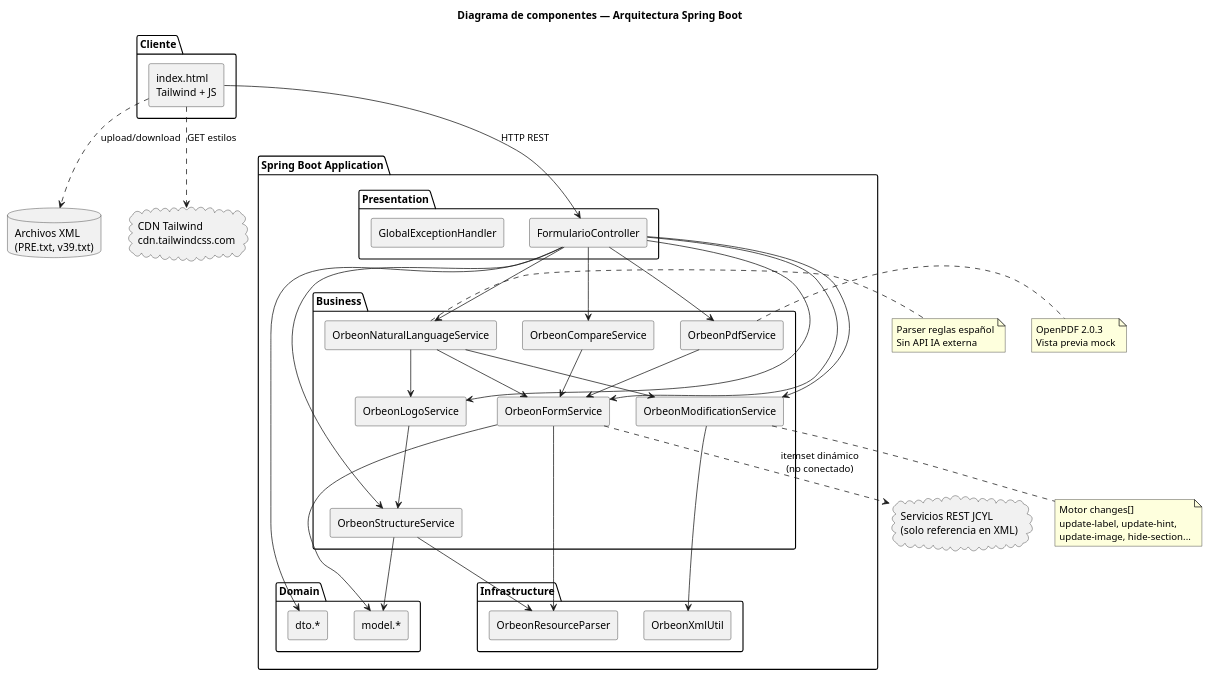
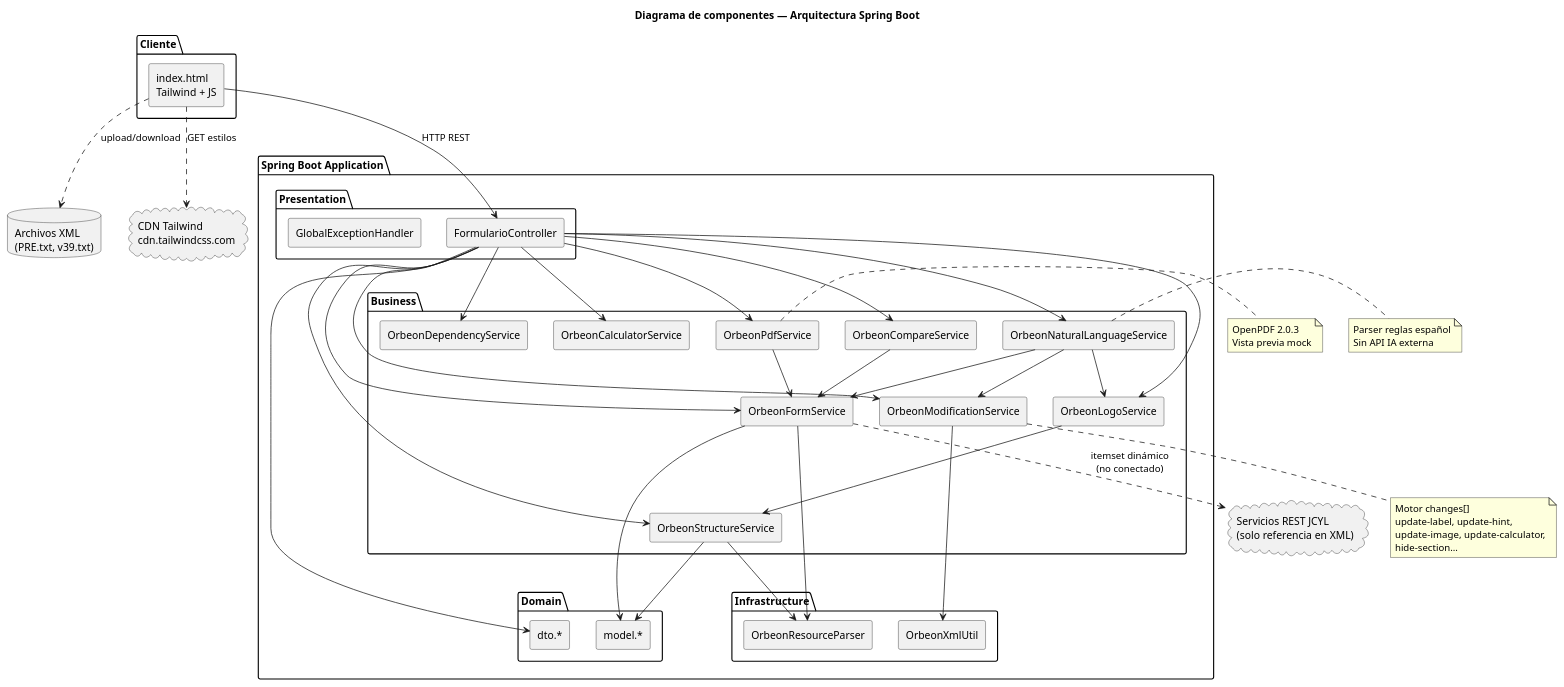
Before and after one commit to gracobjo/orbeon: the diagram in docs/diagramas/arquitectura-componentes.puml, drawn with PlantUML. The commit also changed 16 other files, not shown here.

```diff
--- a/docs/diagramas/arquitectura-componentes.puml
+++ b/docs/diagramas/arquitectura-componentes.puml
@@ -1,82 +1,87 @@
 @startuml arquitectura-componentes
 skinparam componentStyle rectangle
 title Diagrama de componentes — Arquitectura Spring Boot
 
 package "Cliente" {
   [index.html\nTailwind + JS] as UI
 }
 
 package "Spring Boot Application" {
   package "Presentation" {
     [FormularioController] as CTRL
     [GlobalExceptionHandler] as EXH
   }
 
   package "Business" {
     [OrbeonFormService] as FORM
     [OrbeonStructureService] as STRUCT
     [OrbeonModificationService] as MOD
     [OrbeonCompareService] as CMP
     [OrbeonPdfService] as PDF
     [OrbeonLogoService] as LOGO
     [OrbeonNaturalLanguageService] as NL
+    [OrbeonDependencyService] as DEP
+    [OrbeonCalculatorService] as CALC
   }
 
   package "Infrastructure" {
     [OrbeonResourceParser] as RES
     [OrbeonXmlUtil] as XML
   }
 
   package "Domain" {
     [model.*] as MODEL
     [dto.*] as DTO
   }
 }
 
 database "Archivos XML\n(PRE.txt, v39.txt)" as FILES
 cloud "CDN Tailwind\ncdn.tailwindcss.com" as CDN
 cloud "Servicios REST JCYL\n(solo referencia en XML)" as JCYL
 
 UI --> CTRL : HTTP REST
 UI ..> CDN : GET estilos
 CTRL --> FORM
 CTRL --> STRUCT
 CTRL --> MOD
 CTRL --> CMP
 CTRL --> PDF
 CTRL --> NL
 CTRL --> LOGO
+CTRL --> DEP
+CTRL --> CALC
 NL --> MOD
 NL --> LOGO
 NL --> FORM
 LOGO --> STRUCT
 CTRL --> DTO
 
 FORM --> RES
 FORM --> MODEL
 STRUCT --> RES
 STRUCT --> MODEL
 MOD --> XML
 CMP --> FORM
 PDF --> FORM
 
 UI ..> FILES : upload/download
 FORM ..> JCYL : itemset dinámico\n(no conectado)
 
 note right of NL
   Parser reglas español
   Sin API IA externa
 end note
 
 note right of PDF
   OpenPDF 2.0.3
   Vista previa mock
 end note
 
 note bottom of MOD
   Motor changes[]
   update-label, update-hint,
-  update-image, hide-section...
+  update-image, update-calculator,
+  hide-section...
 end note
 
 @enduml
```
